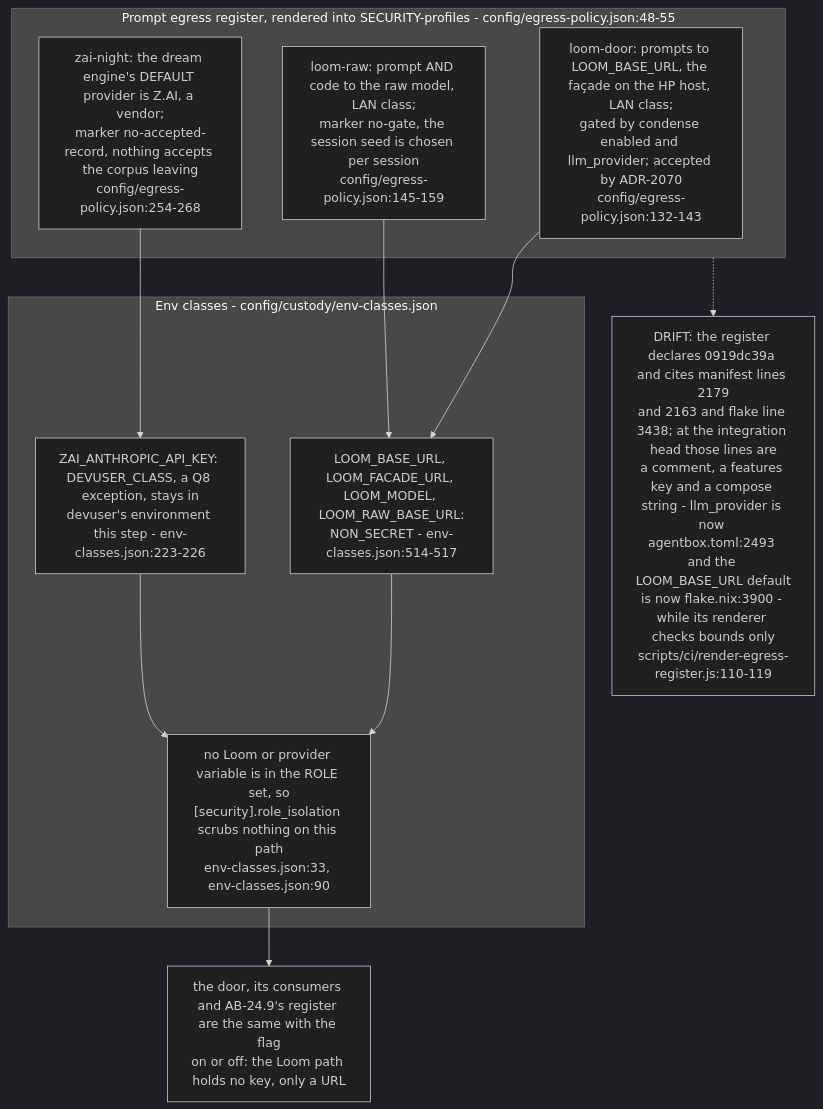
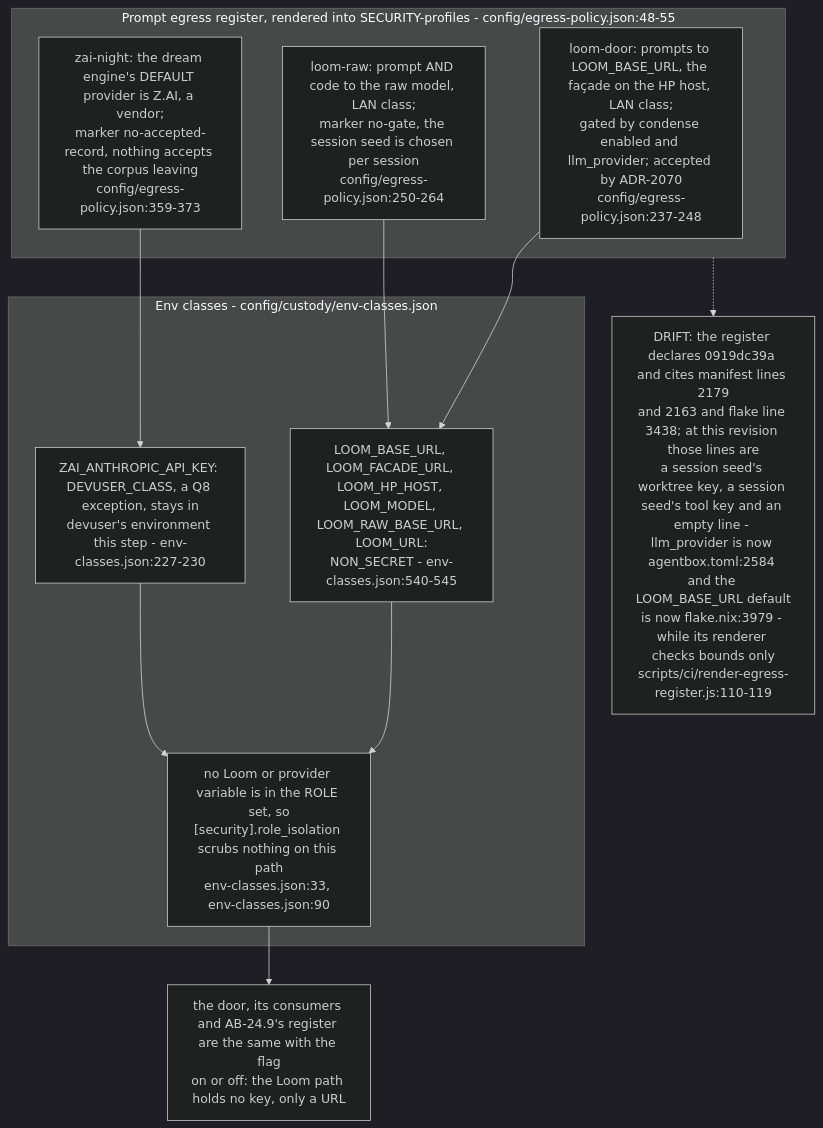
Diagram 13 of 14 in docs/diagrams/agentbox/24-loom-facade.md (DreamLab-AI/VisionFlow), drawn with Mermaid (dark theme) before and after one commit. The commit also changed other lines of this file and 160 other files, not shown here.

````diff
--- a/docs/diagrams/agentbox/24-loom-facade.md
+++ b/docs/diagrams/agentbox/24-loom-facade.md
@@ -478,20 +496,20 @@
 ```mermaid
 flowchart TB
     subgraph reg["Prompt egress register, rendered into SECURITY-profiles - config/egress-policy.json:48-55"]
-        R1["loom-door: prompts to LOOM_BASE_URL, the façade on the HP host, LAN class;<br/>gated by condense enabled and llm_provider; accepted by ADR-2070<br/>config/egress-policy.json:132-143"]
-        R2["loom-raw: prompt AND code to the raw model, LAN class;<br/>marker no-gate, the session seed is chosen per session<br/>config/egress-policy.json:145-159"]
-        R3["zai-night: the dream engine's DEFAULT provider is Z.AI, a vendor;<br/>marker no-accepted-record, nothing accepts the corpus leaving<br/>config/egress-policy.json:254-268"]
+        R1["loom-door: prompts to LOOM_BASE_URL, the façade on the HP host, LAN class;<br/>gated by condense enabled and llm_provider; accepted by ADR-2070<br/>config/egress-policy.json:237-248"]
+        R2["loom-raw: prompt AND code to the raw model, LAN class;<br/>marker no-gate, the session seed is chosen per session<br/>config/egress-policy.json:250-264"]
+        R3["zai-night: the dream engine's DEFAULT provider is Z.AI, a vendor;<br/>marker no-accepted-record, nothing accepts the corpus leaving<br/>config/egress-policy.json:359-373"]
     end
     subgraph cls["Env classes - config/custody/env-classes.json"]
-        C1["LOOM_BASE_URL, LOOM_FACADE_URL, LOOM_MODEL, LOOM_RAW_BASE_URL:<br/>NON_SECRET - env-classes.json:514-517"]
-        C2["ZAI_ANTHROPIC_API_KEY: DEVUSER_CLASS, a Q8 exception, stays in<br/>devuser's environment this step - env-classes.json:223-226"]
+        C1["LOOM_BASE_URL, LOOM_FACADE_URL, LOOM_HP_HOST, LOOM_MODEL, LOOM_RAW_BASE_URL, LOOM_URL:<br/>NON_SECRET - env-classes.json:540-545"]
+        C2["ZAI_ANTHROPIC_API_KEY: DEVUSER_CLASS, a Q8 exception, stays in<br/>devuser's environment this step - env-classes.json:227-230"]
         C3["no Loom or provider variable is in the ROLE set, so<br/>[security].role_isolation scrubs nothing on this path<br/>env-classes.json:33, env-classes.json:90"]
     end
     R1 --> C1
     R2 --> C1
     R3 --> C2
     C1 --> C3
     C2 --> C3
     C3 --> SAME["the door, its consumers and AB-24.9's register are the same with the flag<br/>on or off: the Loom path holds no key, only a URL"]
-    reg -.-> DR["DRIFT: the register declares 0919dc39a and cites manifest lines 2179<br/>and 2163 and flake line 3438; at the integration head those lines are<br/>a comment, a features key and a compose string - llm_provider is now agentbox.toml:2493 and the LOOM_BASE_URL default<br/>is now flake.nix:3900 - while its renderer checks bounds only<br/>scripts/ci/render-egress-register.js:110-119"]
+    reg -.-> DR["DRIFT: the register declares 0919dc39a and cites manifest lines 2179<br/>and 2163 and flake line 3438; at this revision those lines are<br/>a session seed's worktree key, a session seed's tool key and an empty line - llm_provider is now agentbox.toml:2584 and the LOOM_BASE_URL default<br/>is now flake.nix:3979 - while its renderer checks bounds only<br/>scripts/ci/render-egress-register.js:110-119"]
 ```
````
